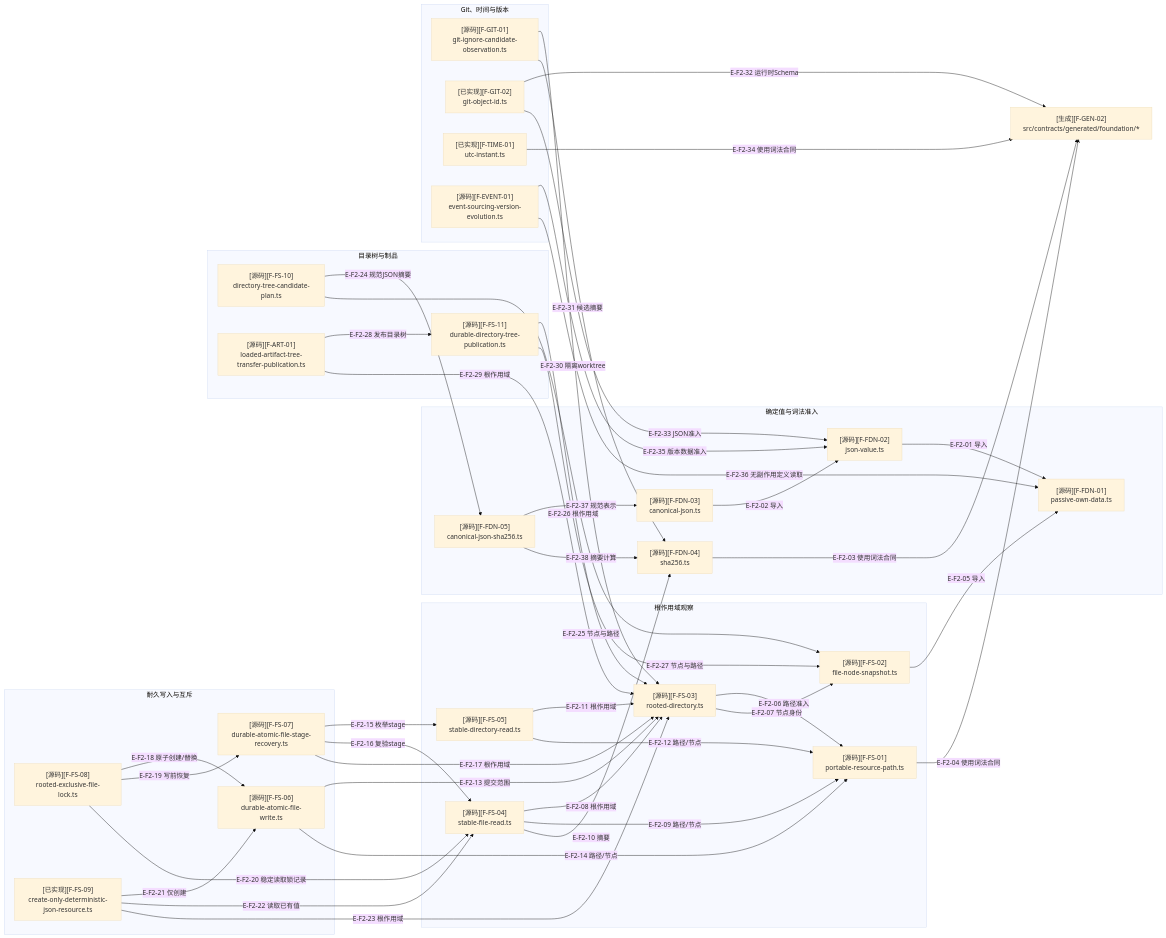
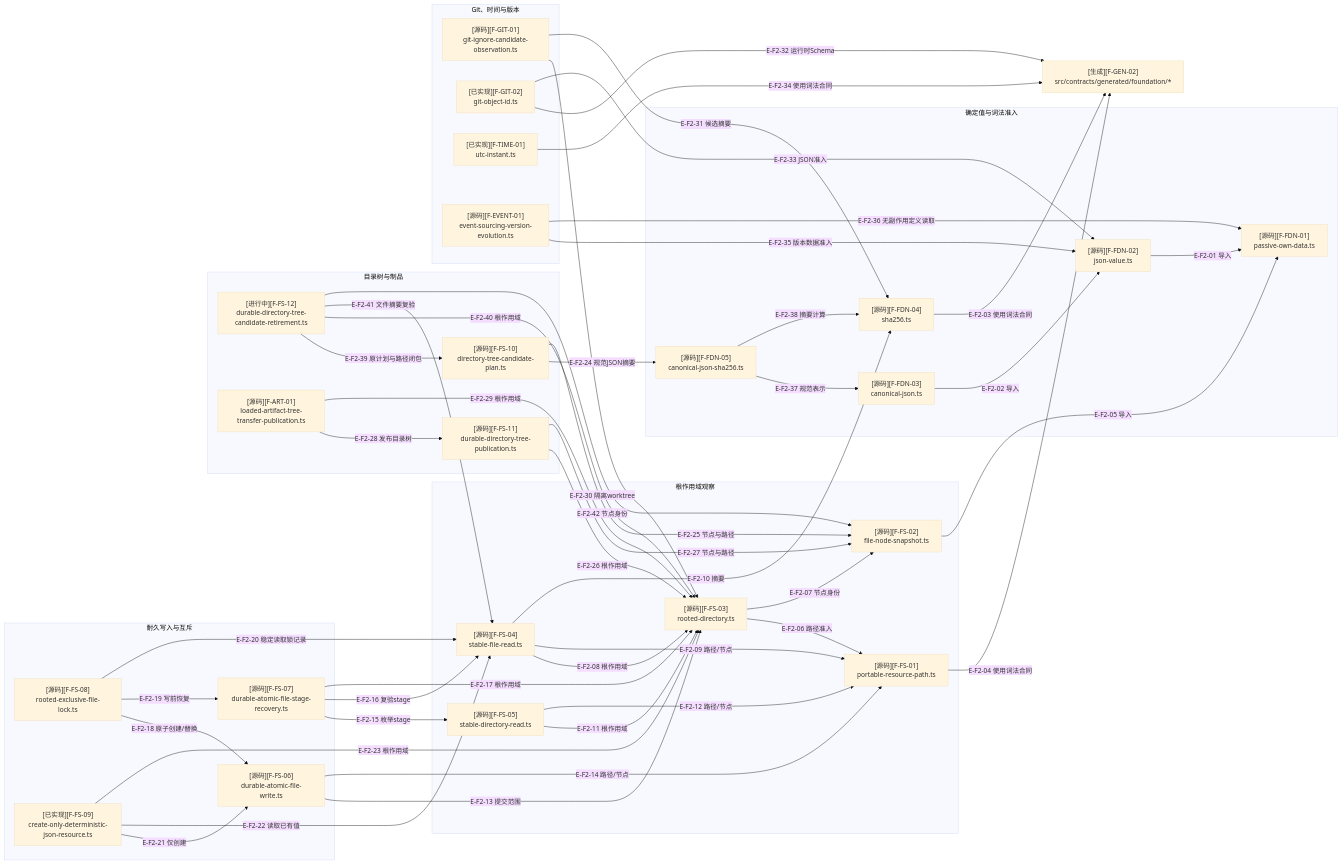
Before and after one commit to GxFn/Wakeflow: the diagram in wakeflow-architecture-atlas/maps/02-foundation/file-dependencies.md, drawn with Mermaid (base theme). The commit also changed other lines of this file and 23 other files, not shown here.

Commit message:
docs: update architecture atlas for managed evidence foundation

```diff
--- a/wakeflow-architecture-atlas/maps/02-foundation/file-dependencies.md
+++ b/wakeflow-architecture-atlas/maps/02-foundation/file-dependencies.md
@@ -63,6 +63,7 @@
   subgraph HOST_ENTRY["目录树与制品"]
     TREE_PLAN["[源码][F-FS-10]\ndirectory-tree-candidate-plan.ts"]
     TREE_PUB["[源码][F-FS-11]\ndurable-directory-tree-publication.ts"]
+    TREE_RETIRE["[进行中][F-FS-12]\ndurable-directory-tree-candidate-retirement.ts"]
     ARTIFACT_PUB["[源码][F-ART-01]\nloaded-artifact-tree-transfer-publication.ts"]
   end
 
@@ -107,6 +108,10 @@
   TREE_PUB -->|"E-F2-27 节点与路径"| SNAPSHOT
   ARTIFACT_PUB -->|"E-F2-28 发布目录树"| TREE_PUB
   ARTIFACT_PUB -->|"E-F2-29 根作用域"| ROOT
+  TREE_RETIRE -->|"E-F2-39 原计划与路径闭包"| TREE_PLAN
+  TREE_RETIRE -->|"E-F2-40 根作用域"| ROOT
+  TREE_RETIRE -->|"E-F2-41 文件摘要复验"| STABLE_FILE
+  TREE_RETIRE -->|"E-F2-42 节点身份"| SNAPSHOT
 
   GIT_CANDIDATE -->|"E-F2-30 隔离worktree"| ROOT
   GIT_CANDIDATE -->|"E-F2-31 候选摘要"| SHA
```
